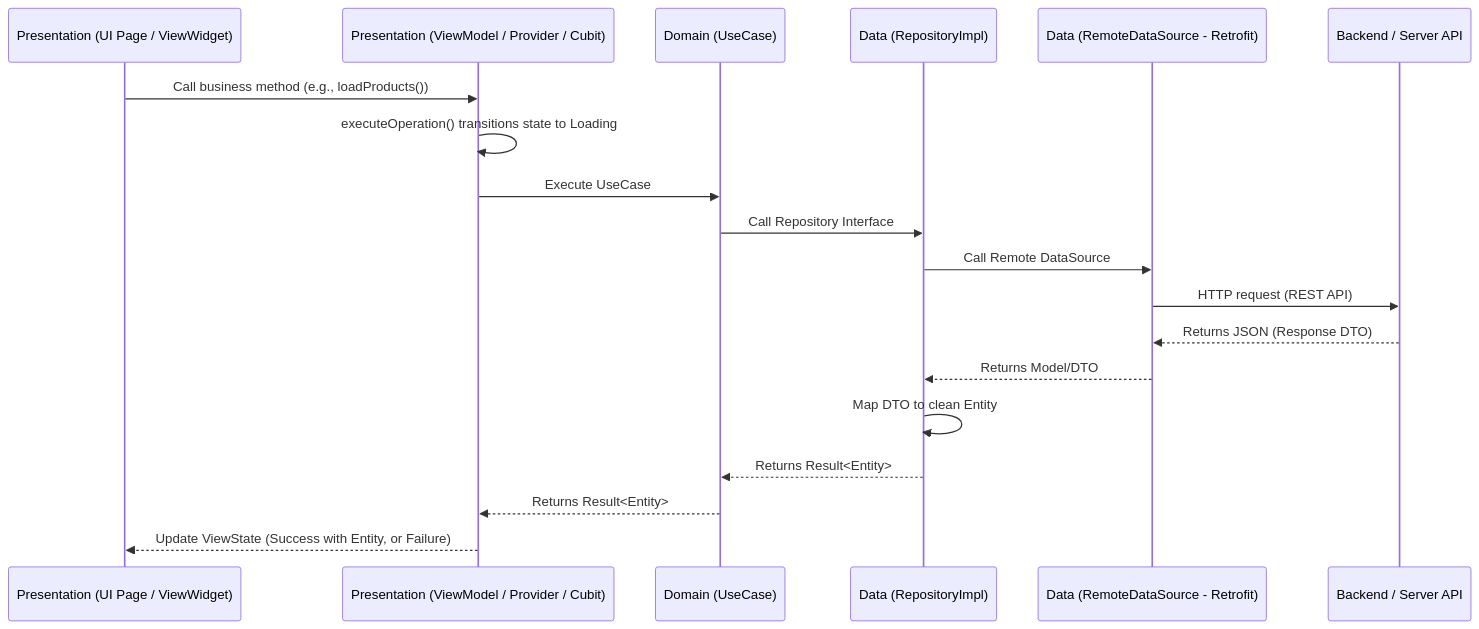
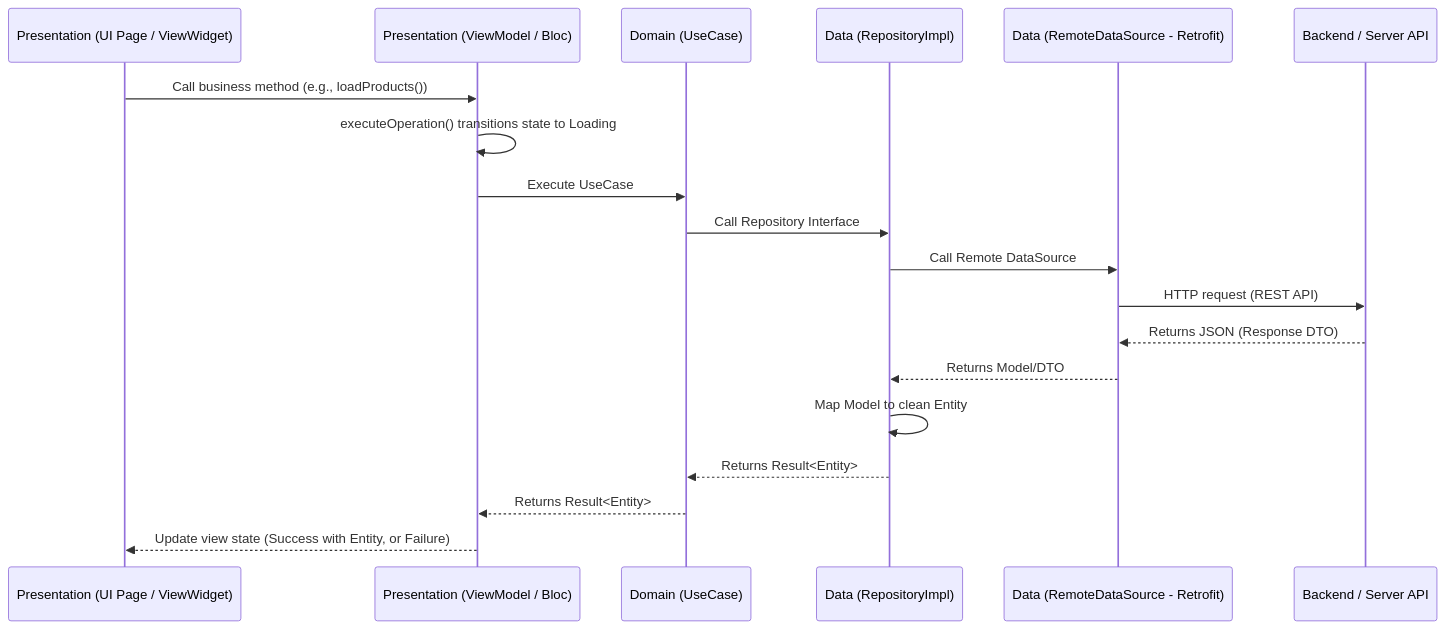
The diagram in .agents/skills/implement_domain_data_flow/SKILL.md (CaoGiaHieu-dev/flutter-monorepo-codebase), drawn with Mermaid before and after one commit. The commit also changed other lines of this file and 405 other files, not shown here.

````diff
--- a/.agents/skills/implement_domain_data_flow/SKILL.md
+++ b/.agents/skills/implement_domain_data_flow/SKILL.md
@@ -14,22 +31,22 @@
 ```mermaid
 sequenceDiagram
     participant UI as Presentation (UI Page / ViewWidget)
-    participant VM as Presentation (ViewModel / Provider / Cubit)
+    participant VM as Presentation (ViewModel / Bloc)
     participant UC as Domain (UseCase)
     participant RepoImpl as Data (RepositoryImpl)
     participant Remote as Data (RemoteDataSource - Retrofit)
     participant Server as Backend / Server API
 
     UI->>VM: Call business method (e.g., loadProducts())
     VM->>VM: executeOperation() transitions state to Loading
     VM->>UC: Execute UseCase
     UC->>RepoImpl: Call Repository Interface
     RepoImpl->>Remote: Call Remote DataSource
     Remote->>Server: HTTP request (REST API)
     Server-->>Remote: Returns JSON (Response DTO)
     Remote-->>RepoImpl: Returns Model/DTO
-    RepoImpl->>RepoImpl: Map DTO to clean Entity
+    RepoImpl->>RepoImpl: Map Model to clean Entity
     RepoImpl-->>UC: Returns Result<Entity>
     UC-->>VM: Returns Result<Entity>
-    VM-->>UI: Update ViewState (Success with Entity, or Failure)
+    VM-->>UI: Update view state (Success with Entity, or Failure)
 ```
````
